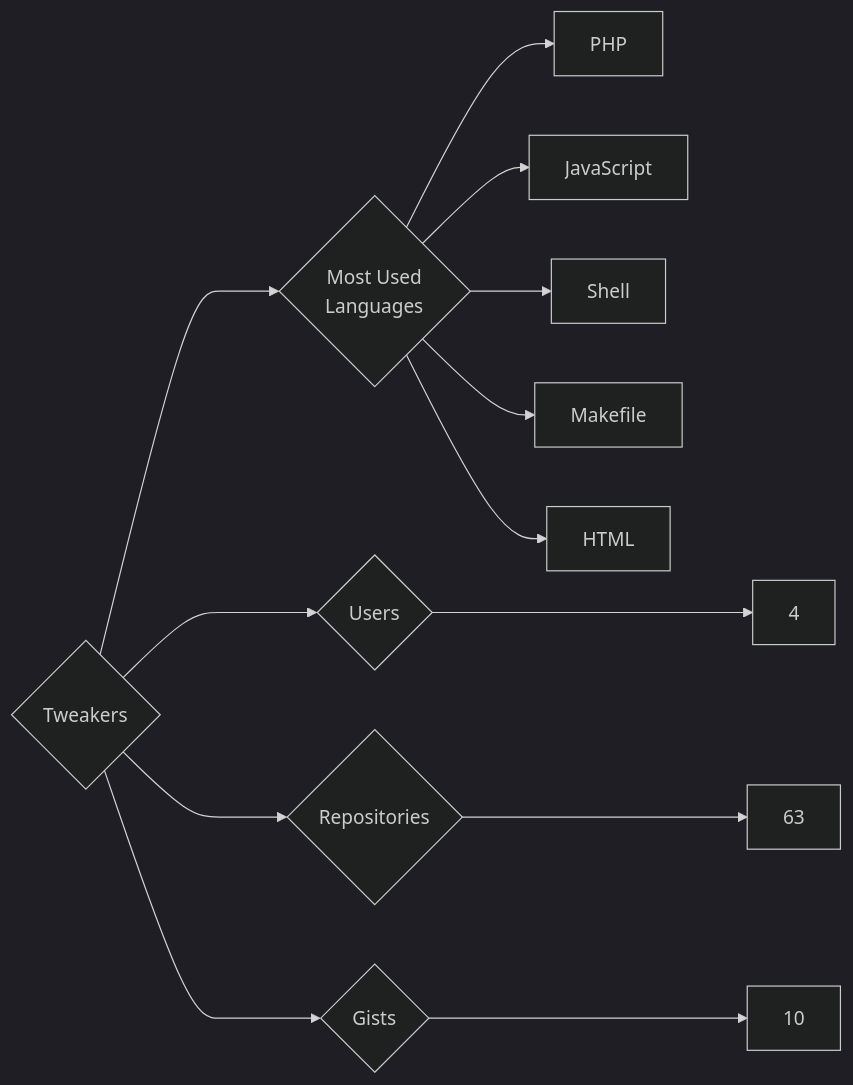
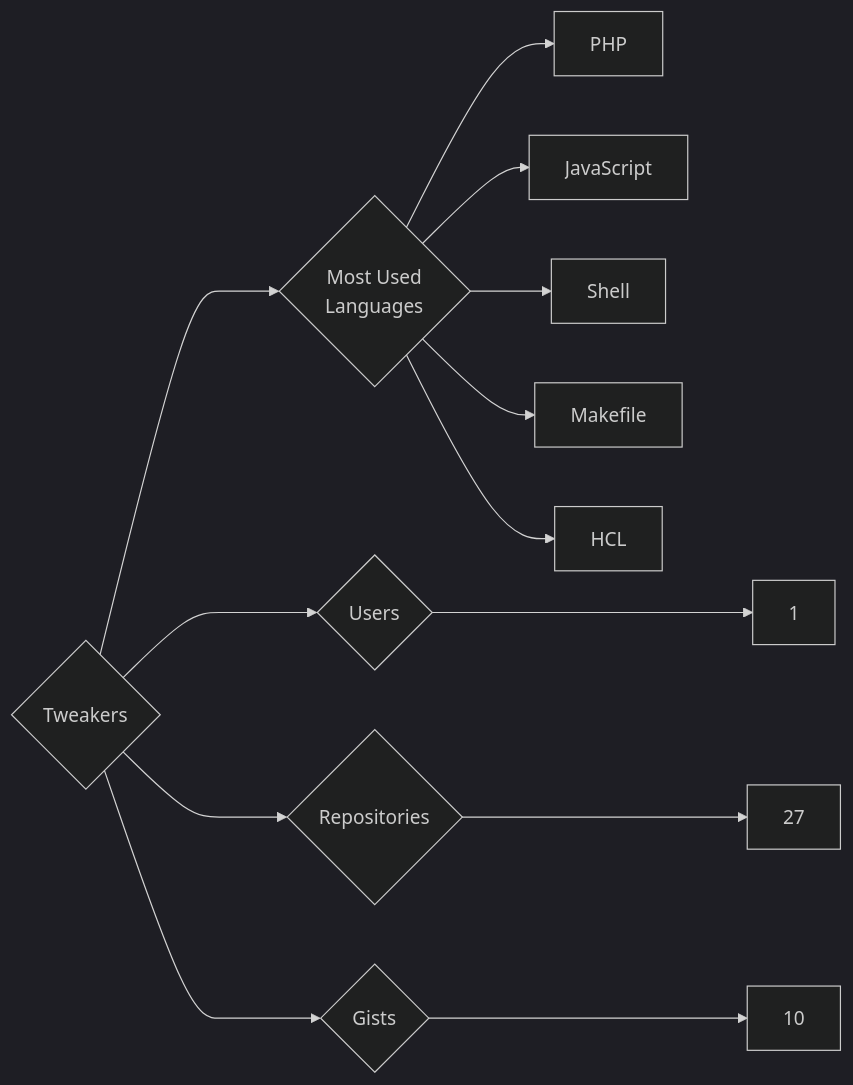
One commit to trickest/insiders changed the diagram in targets/Tweakers/README.md. Above: the diagram before and after it, drawn with Mermaid (dark theme). The commit also changed 725 other files, not shown here.

````diff
--- a/targets/Tweakers/README.md
+++ b/targets/Tweakers/README.md
@@ -3,13 +3,13 @@
 ```mermaid
 graph LR
 COMPANY_NAME{Tweakers}
-COMPANY_NAME ---> U{Users} ---> UN[4]
-COMPANY_NAME ---> R{Repositories} ---> RN[63]
+COMPANY_NAME ---> U{Users} ---> UN[1]
+COMPANY_NAME ---> R{Repositories} ---> RN[27]
 COMPANY_NAME ---> G{Gists} ---> GN[10]
 COMPANY_NAME ---> ML{Most Used<br>Languages}
 ML --> PHP[PHP]
 ML --> JavaScript[JavaScript]
 ML --> Shell[Shell]
 ML --> Makefile[Makefile]
-ML --> HTML[HTML]
+ML --> HCL[HCL]
 ```
````
